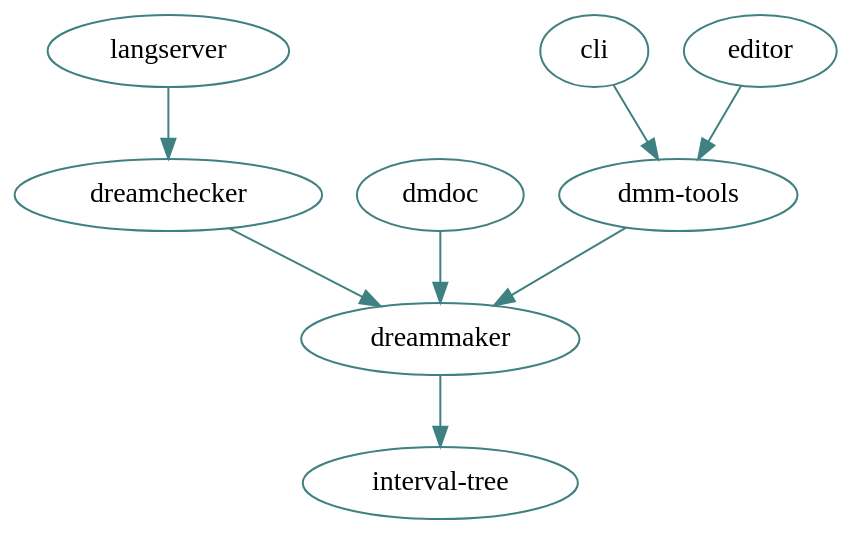
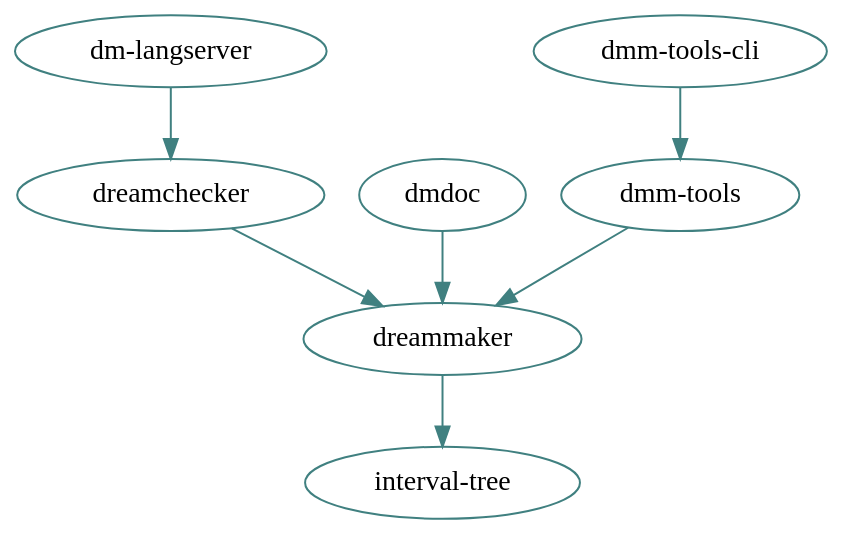
The diagram in crates/dependencies.dot (SpaceManiac/SpacemanDMM), drawn with Graphviz before and after one commit. The commit also changed 3 other files, not shown here.

```diff
--- a/crates/dependencies.dot
+++ b/crates/dependencies.dot
@@ -1,13 +1,13 @@
 strict digraph {
     graph [bgcolor="transparent"]
     node [color="#408080"; style="filled"; fillcolor="white"]
     edge [color="#408080"]
 
-    "langserver" -> "dreamchecker"
+    "dm-langserver" -> "dreamchecker"
     "dreamchecker" -> "dreammaker"
     "dreammaker" -> "interval-tree"
     "dmdoc" -> "dreammaker"
     "dmm-tools" -> "dreammaker"
-    "cli" -> "dmm-tools"
-    "editor" -> "dmm-tools"
+    "dmm-tools-cli" -> "dmm-tools"
+    #"spaceman-dmm" -> "dmm-tools"
 }
```
